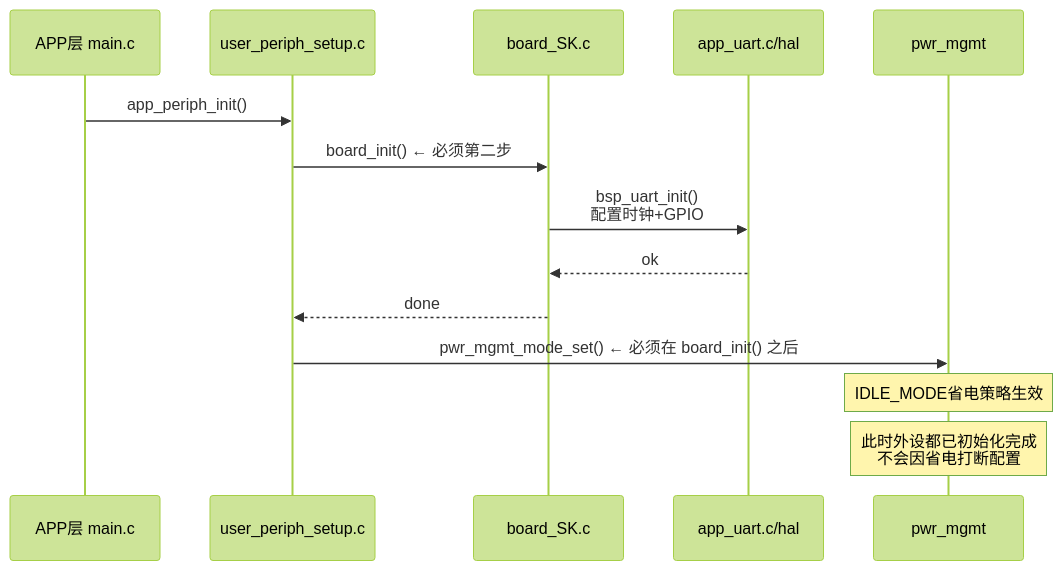
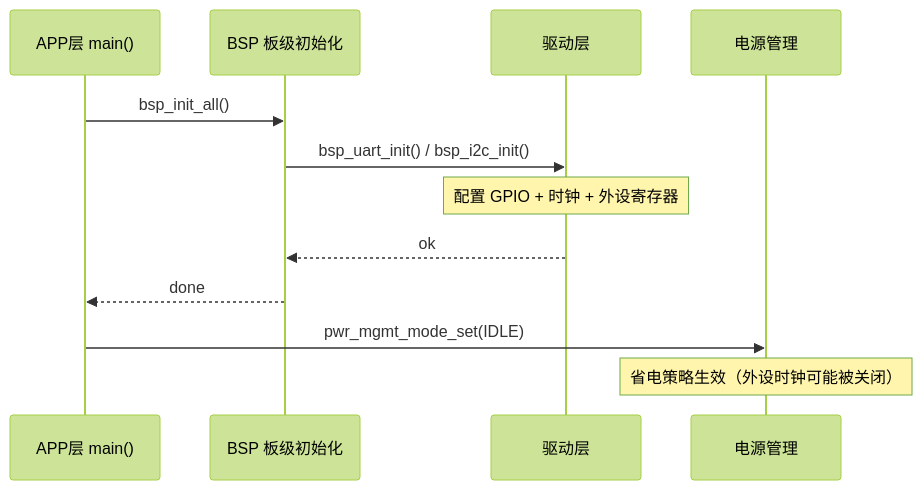
One commit to shuai-yemao/Deep-In-Embedded changed the fourth of 5 diagrams in 开发板/ARM架构/STM32F411CEU6/项目集成.md. Above: the diagram before and after it, drawn with Mermaid (forest theme). The commit also changed other lines of this file, not shown here.

````diff
--- a/开发板/ARM架构/STM32F411CEU6/项目集成.md
+++ b/开发板/ARM架构/STM32F411CEU6/项目集成.md
@@ -146,17 +154,15 @@
 ```mermaid
 sequenceDiagram
-    participant APP as APP层 main.c
-    participant PERIPH as user_periph_setup.c
-    participant BOARD as board_SK.c
-    participant DRV as app_uart.c/hal
-    participant PMU as pwr_mgmt
+    participant APP as APP层 main()
+    participant BSP as BSP 板级初始化
+    participant DRV as 驱动层
+    participant PMU as 电源管理
 
-    APP->>PERIPH: app_periph_init()
-    PERIPH->>BOARD: board_init()          ← 必须第二步
-    BOARD->>DRV: bsp_uart_init()<br/>配置时钟+GPIO
-    DRV-->>BOARD: ok
-    BOARD-->>PERIPH: done
-    PERIPH->>PMU: pwr_mgmt_mode_set()   ← 必须在 board_init() 之后
-    Note over PMU: IDLE_MODE省电策略生效
-    Note over PMU: 此时外设都已初始化完成<br/>不会因省电打断配置
+    APP->>BSP: bsp_init_all()
+    BSP->>DRV: bsp_uart_init() / bsp_i2c_init()
+    Note over DRV: 配置 GPIO + 时钟 + 外设寄存器
+    DRV-->>BSP: ok
+    BSP-->>APP: done
+    APP->>PMU: pwr_mgmt_mode_set(IDLE)
+    Note over PMU: 省电策略生效（外设时钟可能被关闭）
 ```
````
